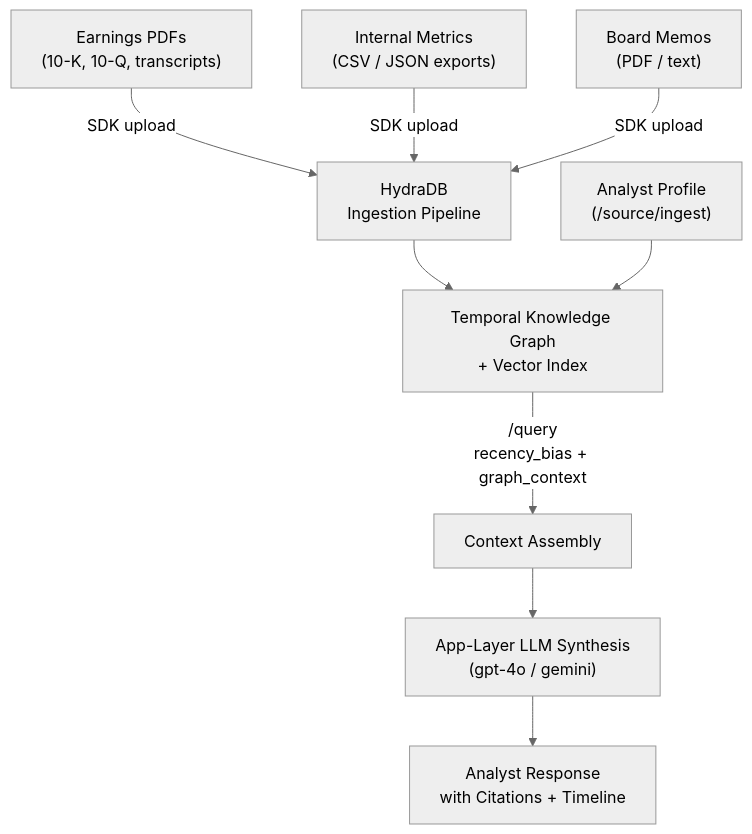
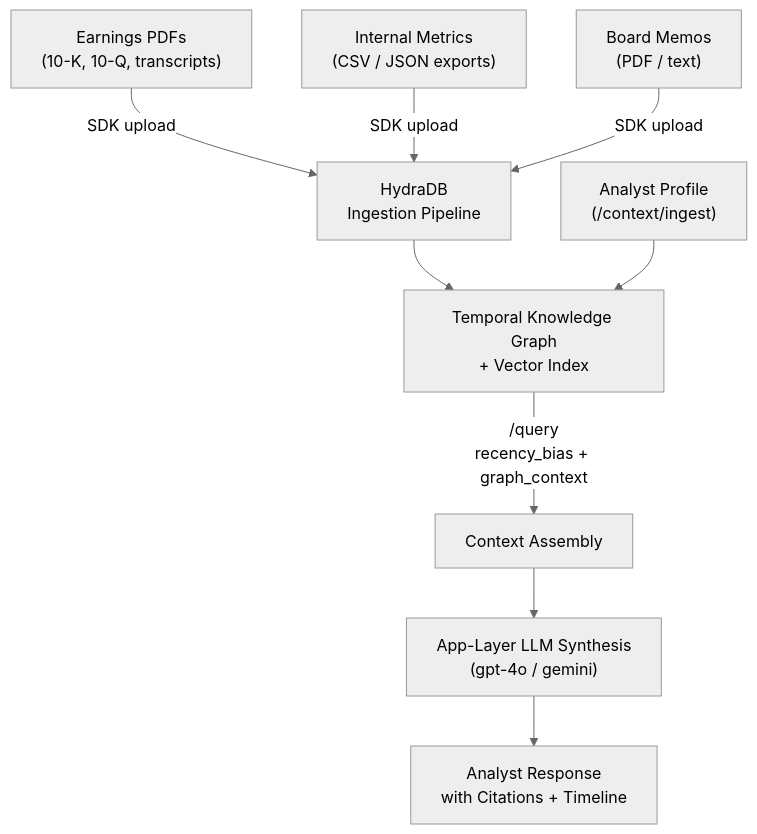
The diagram in cookbooks/v2/cookbook-10-ai-financial-analyst.mdx (rupamghosh2006/mintlify-docs), drawn with Mermaid (neutral theme) before and after one commit. The commit also changed other lines of this file and 11 other files, not shown here.

Commit message:
Rename metadata fields in cookbooks/v2: tenant_metadata->metadata, document_metadata->additional_metadata, file_metadata->document_metadata, /source->/context

````diff
--- a/cookbooks/v2/cookbook-10-ai-financial-analyst.mdx
+++ b/cookbooks/v2/cookbook-10-ai-financial-analyst.mdx
@@ -59,11 +59,11 @@
 ```mermaid
 graph TD
     A["Earnings PDFs\n(10-K, 10-Q, transcripts)"] -->|SDK upload| B["HydraDB\nIngestion Pipeline"]
     C["Internal Metrics\n(CSV / JSON exports)"] -->|SDK upload| B
     D["Board Memos\n(PDF / text)"] -->|SDK upload| B
     B --> E["Temporal Knowledge Graph\n+ Vector Index"]
-    F["Analyst Profile\n(/source/ingest)"] --> E
+    F["Analyst Profile\n(/context/ingest)"] --> E
     E -->|"/query\nrecency_bias + graph_context"| G["Context Assembly"]
     G --> I["App-Layer LLM Synthesis\n(gpt-4o / gemini)"]
     I --> J["Analyst Response\nwith Citations + Timeline"]
 ```
````
